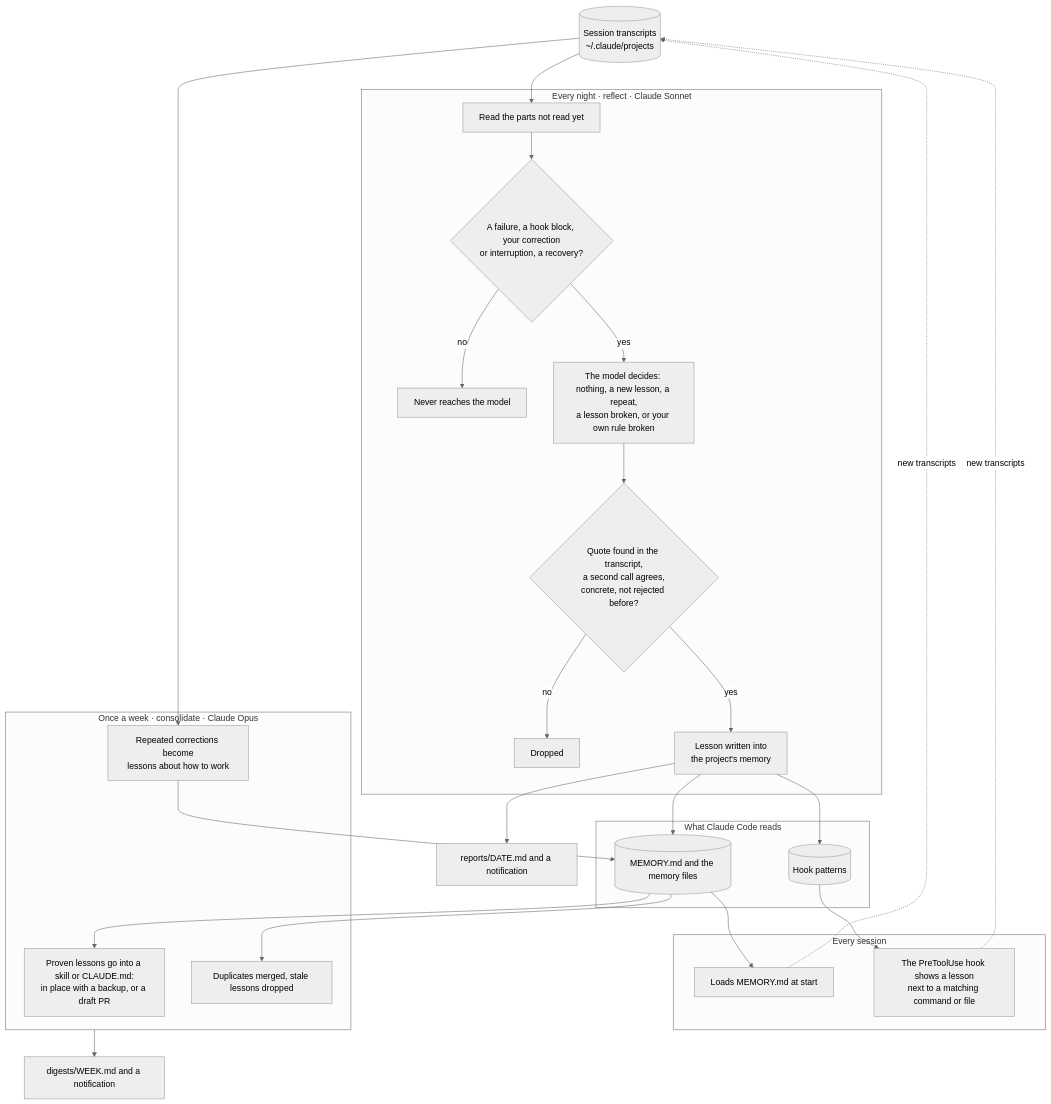
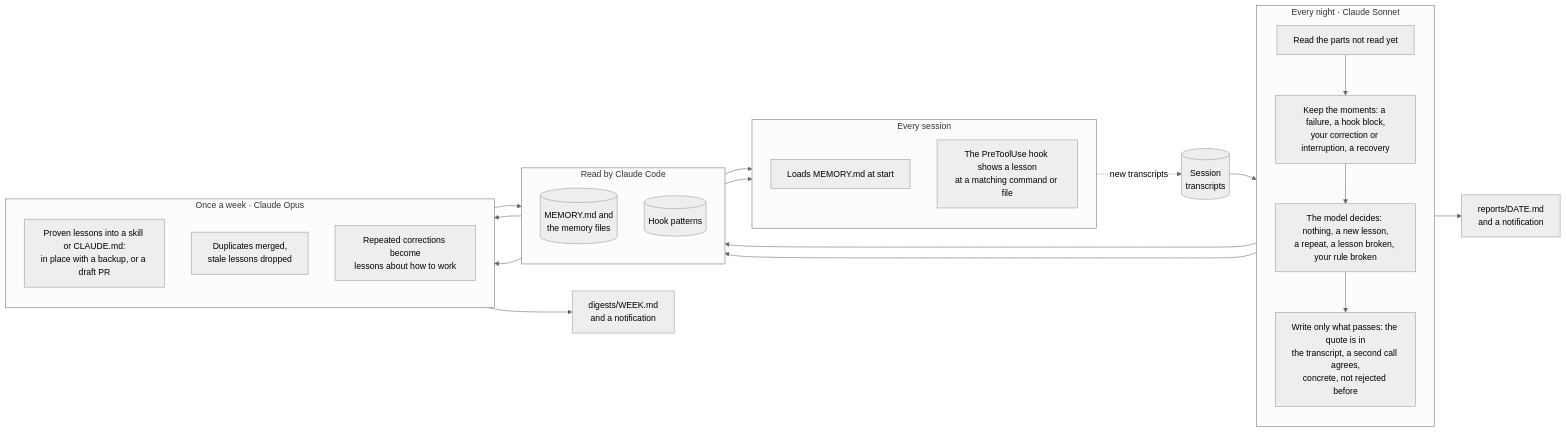
Before and after one commit to vladislavgorbunov-afk/agent-reflect: the first of 3 diagrams in README.md, drawn with Mermaid (neutral theme). The commit also changed other lines of this file, not shown here.

Commit message:
docs: Redraw the overview and the lesson path so they read at a glance
Rendered with Mermaid 11, the overview tangled its long edges and cut its
subgraph titles, and the lesson path stacked six look-alike exits. The
overview now runs left to right, and the lesson path sends both states that
can leave memory through one fork to its four outcomes.

````diff
--- a/README.md
+++ b/README.md
@@ -22,42 +22,42 @@
 ```mermaid
-flowchart TB
-    T[("Session transcripts<br/>~/.claude/projects")]
+flowchart LR
+    T[("Session<br/>transcripts")]
 
-    subgraph N["Every night · reflect · Claude Sonnet"]
-        N1["Read the parts not read yet"] --> N2{"A failure, a hook block, your correction<br/>or interruption, a recovery?"}
-        N2 -- "no" --> N0["Never reaches the model"]
-        N2 -- "yes" --> N3["The model decides: nothing, a new lesson, a repeat,<br/>a lesson broken, or your own rule broken"]
-        N3 --> N4{"Quote found in the transcript,<br/>a second call agrees,<br/>concrete, not rejected before?"}
-        N4 -- "no" --> N5["Dropped"]
-        N4 -- "yes" --> N6["Lesson written into<br/>the project's memory"]
+    subgraph N["Every night · Claude Sonnet"]
+        direction TB
+        N1["Read the parts not read yet"] --> N2["Keep the moments: a failure, a hook block,<br/>your correction or interruption, a recovery"]
+        N2 --> N3["The model decides: nothing, a new lesson,<br/>a repeat, a lesson broken, your rule broken"]
+        N3 --> N4["Write only what passes: the quote is in<br/>the transcript, a second call agrees,<br/>concrete, not rejected before"]
     end
 
-    subgraph M["What Claude Code reads"]
-        MEM[("MEMORY.md and the memory files")]
+    subgraph M["Read by Claude Code"]
+        direction TB
+        MEM[("MEMORY.md and<br/>the memory files")]
         RULES[("Hook patterns")]
     end
 
     subgraph S["Every session"]
+        direction TB
         S1["Loads MEMORY.md at start"]
-        S2["The PreToolUse hook shows a lesson<br/>next to a matching command or file"]
+        S2["The PreToolUse hook shows a lesson<br/>at a matching command or file"]
     end
 
-    subgraph W["Once a week · consolidate · Claude Opus"]
-        W1["Proven lessons go into a skill or CLAUDE.md:<br/>in place with a backup, or a draft PR"]
-        W2["Duplicates merged, stale lessons dropped"]
+    subgraph W["Once a week · Claude Opus"]
+        direction TB
+        W1["Proven lessons into a skill or CLAUDE.md:<br/>in place with a backup, or a draft PR"]
+        W2["Duplicates merged,<br/>stale lessons dropped"]
         W3["Repeated corrections become<br/>lessons about how to work"]
     end
 
     T --> N1
-    N6 --> MEM
-    N6 --> RULES
+    N4 --> MEM
+    N4 --> RULES
     MEM --> S1
     RULES --> S2
-    S1 & S2 -.->|"new transcripts"| T
+    S -.->|"new transcripts"| T
     MEM --> W1
     MEM --> W2
-    T --> W3
     W3 --> MEM
-    N6 --> REP["reports/DATE.md and a notification"]
-    W --> DIG["digests/WEEK.md and a notification"]
+    N4 --> REP["reports/DATE.md<br/>and a notification"]
+    W --> DIG["digests/WEEK.md<br/>and a notification"]
 ```
````
